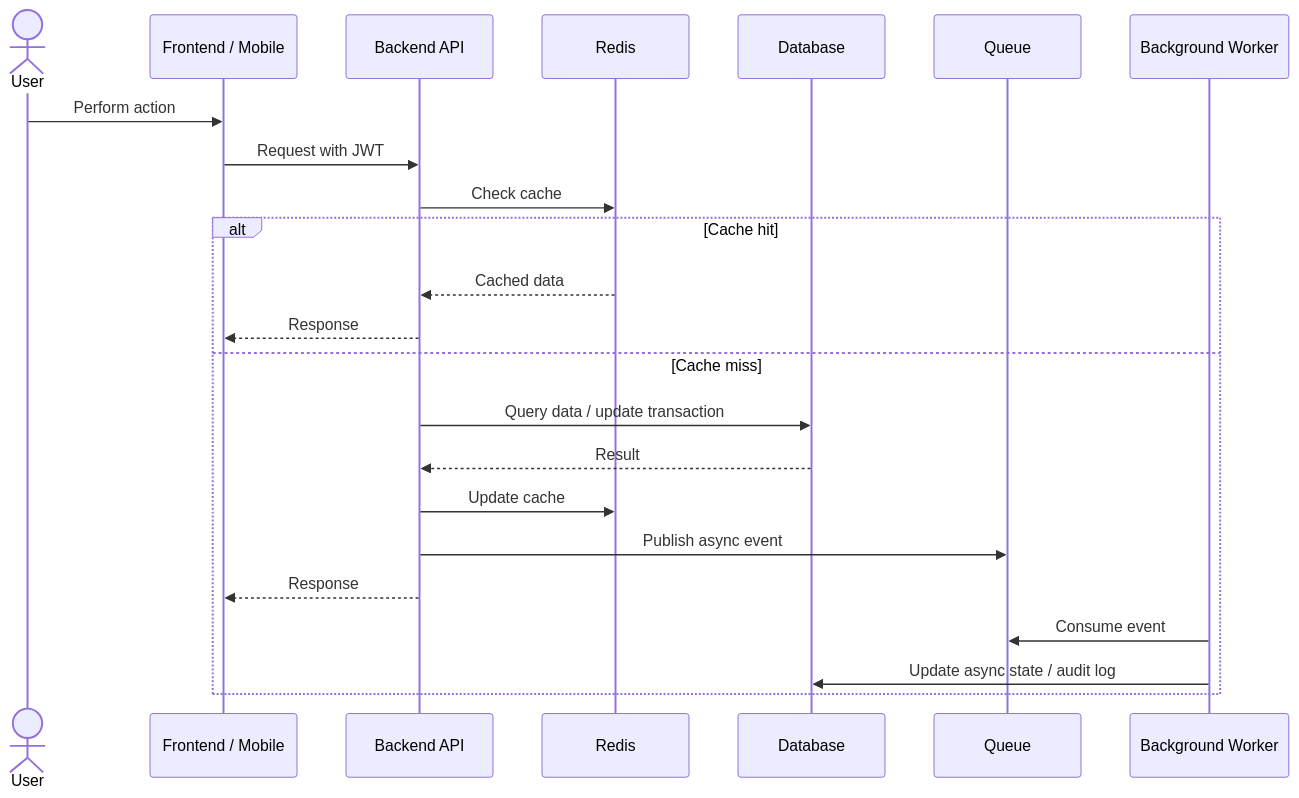
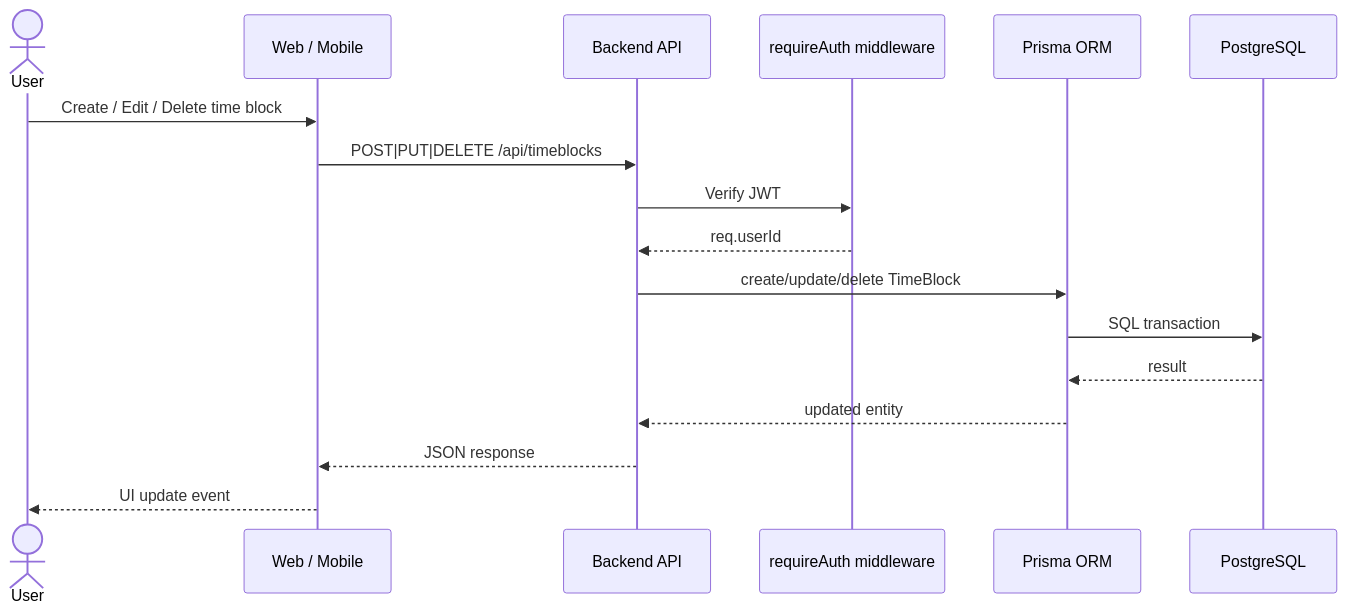
One commit to Hikaru2035/student-timetable changed the fifth of 8 diagrams in diagram.md. Above: the diagram before and after it, drawn with Mermaid. The commit also changed other lines of this file, not shown here.

First line of the commit message:
Revise architecture diagrams for student timetable system

````diff
--- a/diagram.md
+++ b/diagram.md
@@ -312,26 +199,20 @@
 ```mermaid
 sequenceDiagram
     actor User
-    participant Client as Frontend / Mobile
+    participant FE as Web / Mobile
     participant API as Backend API
-    participant Cache as Redis
-    participant DB as Database
-    participant Queue as Queue
-    participant Worker as Background Worker
+    participant Auth as requireAuth middleware
+    participant Prisma as Prisma ORM
+    participant DB as PostgreSQL
 
-    User->>Client: Perform action
-    Client->>API: Request with JWT
-    API->>Cache: Check cache
-    alt Cache hit
-        Cache-->>API: Cached data
-        API-->>Client: Response
-    else Cache miss
-        API->>DB: Query data / update transaction
-        DB-->>API: Result
-        API->>Cache: Update cache
-        API->>Queue: Publish async event
-        API-->>Client: Response
-        Worker->>Queue: Consume event
-        Worker->>DB: Update async state / audit log
-    end
+    User->>FE: Create / Edit / Delete time block
+    FE->>API: POST|PUT|DELETE /api/timeblocks
+    API->>Auth: Verify JWT
+    Auth-->>API: req.userId
+    API->>Prisma: create/update/delete TimeBlock
+    Prisma->>DB: SQL transaction
+    DB-->>Prisma: result
+    Prisma-->>API: updated entity
+    API-->>FE: JSON response
+    FE-->>User: UI update event
 ```
````
